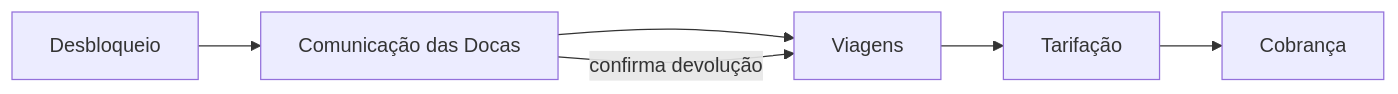
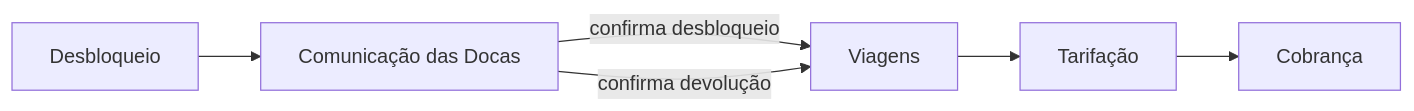
Before and after one commit to matilde-quiterio/lisboa-pedala: the diagram in docs/03-particionamento-e-vistas.md, drawn with Mermaid. The commit also changed other lines of this file and 1 other file, not shown here.

````diff
--- a/docs/03-particionamento-e-vistas.md
+++ b/docs/03-particionamento-e-vistas.md
@@ -51,9 +60,8 @@
 ```mermaid
 flowchart LR
     D[Desbloqueio] --> CD[Comunicação das Docas]
-    CD --> V[Viagens]
+    CD -->|confirma desbloqueio| V[Viagens]
+    CD -->|confirma devolução| V
     V --> T[Tarifação]
     T --> C[Cobrança]
-
-    CD -->|confirma devolução| V
 ```
````
